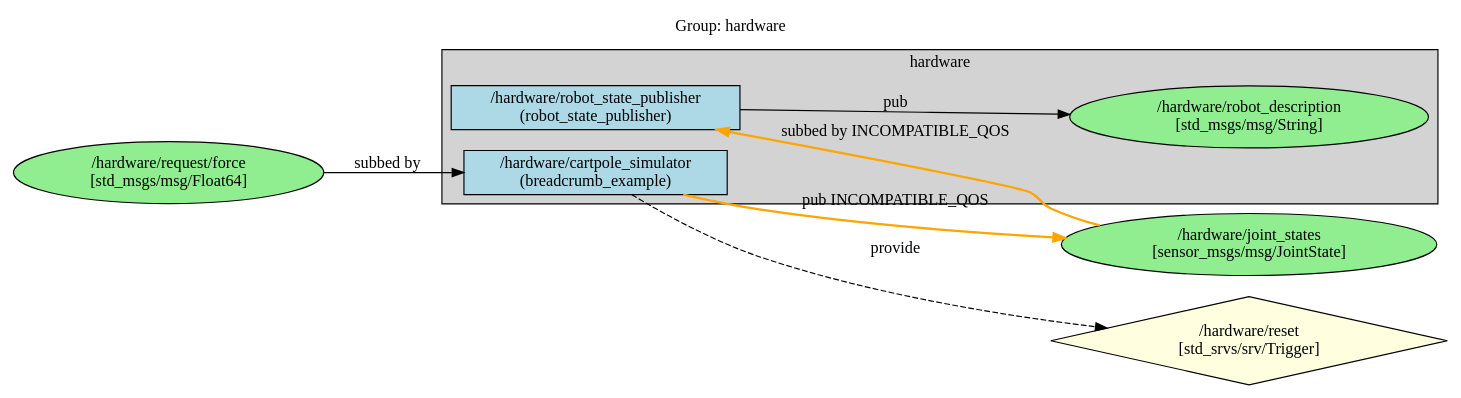
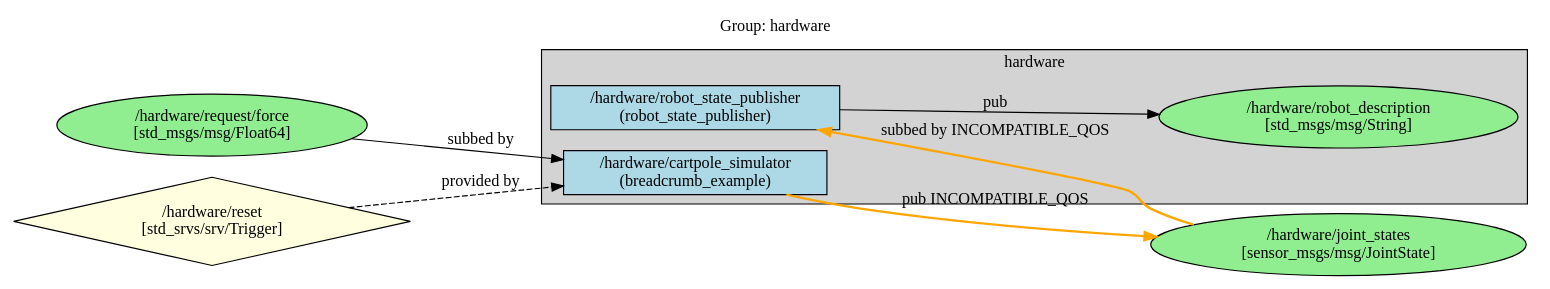
The diagram in breadcrumb_example/ros_graphs/graph_group_hardware.dot (greenforge-labs/breadcrumb), drawn with Graphviz before and after one commit. The commit also changed 8 other files, not shown here.

First line of the commit message:
update the graph to reflect "Data flow"

```diff
--- a/breadcrumb_example/ros_graphs/graph_group_hardware.dot
+++ b/breadcrumb_example/ros_graphs/graph_group_hardware.dot
@@ -1,38 +1,38 @@
 digraph ROS2Group_hardware {
   rankdir=LR;
   node [shape=box];
   label="Group: hardware";
   labelloc=t;
 
   subgraph cluster_hardware {
     label="hardware";
     style=filled;
     fillcolor=lightgrey;
 
     // Group Nodes
     "/hardware/robot_state_publisher" [label="/hardware/robot_state_publisher\n(robot_state_publisher)", style=filled, fillcolor=lightblue];
     "/hardware/cartpole_simulator" [label="/hardware/cartpole_simulator\n(breadcrumb_example)", style=filled, fillcolor=lightblue];
 
     // Internal Topics
     "/hardware/robot_description" [label="/hardware/robot_description\n[std_msgs/msg/String]", shape=ellipse, style=filled, fillcolor=lightgreen];
   }
 
   // External Topics
   "/hardware/joint_states" [label="/hardware/joint_states\n[sensor_msgs/msg/JointState]", shape=ellipse, style=filled, fillcolor=lightgreen];
   "/hardware/request/force" [label="/hardware/request/force\n[std_msgs/msg/Float64]", shape=ellipse, style=filled, fillcolor=lightgreen];
 
   // External Services
   "/hardware/reset" [label="/hardware/reset\n[std_srvs/srv/Trigger]", shape=diamond, style=filled, fillcolor=lightyellow];
 
   // Internal Topic Edges
   "/hardware/robot_state_publisher" -> "/hardware/robot_description" [label="pub"];
 
   // External Topic Edges
   "/hardware/cartpole_simulator" -> "/hardware/joint_states" [label="pub INCOMPATIBLE_QOS", color=orange, style=bold];
   "/hardware/joint_states" -> "/hardware/robot_state_publisher" [label="subbed by INCOMPATIBLE_QOS", color=orange, style=bold];
   "/hardware/request/force" -> "/hardware/cartpole_simulator" [label="subbed by"];
 
   // External Service Edges
-  "/hardware/cartpole_simulator" -> "/hardware/reset" [label="provide", style=dashed];
+  "/hardware/reset" -> "/hardware/cartpole_simulator" [label="provided by", style=dashed];
 
 }
```
